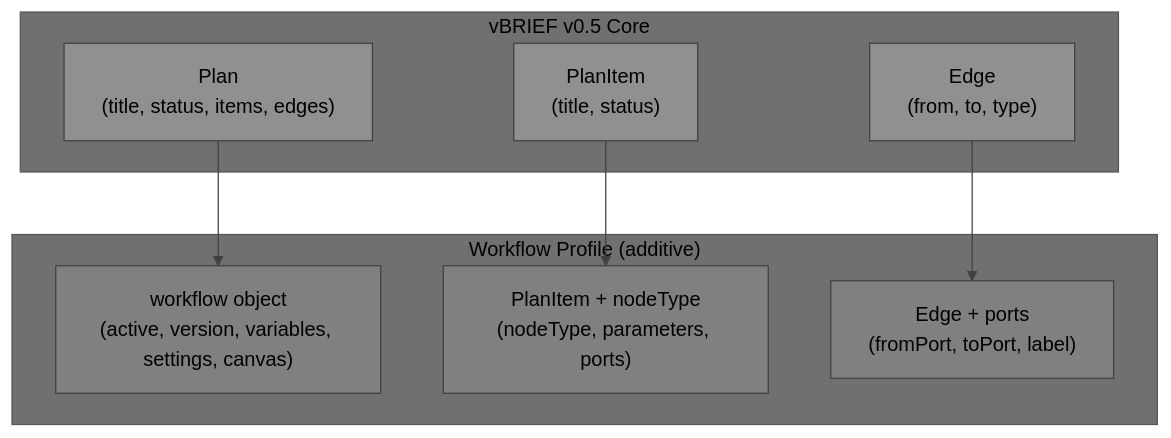
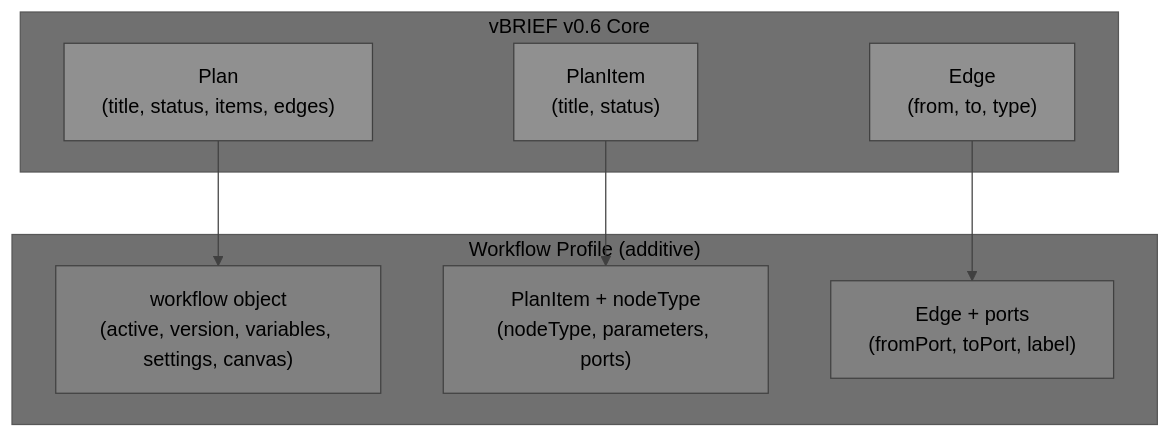
One commit to eltmon/vBRIEF changed the first of 20 diagrams in docs/vbrief-workflow-profile.md. Above: the diagram before and after it, drawn with Mermaid. The commit also changed other lines of this file and 33 other files, not shown here.

Commit message:
feat: add builder module, v0.6 schema, tests, docs, and tooling updates

````diff
--- a/docs/vbrief-workflow-profile.md
+++ b/docs/vbrief-workflow-profile.md
@@ -69,26 +69,26 @@
 ```mermaid
-%%{init: {'theme': 'base', 'themeVariables': {'primaryTextColor': '#000000', 'secondaryTextColor': '#000000', 'tertiaryTextColor': '#000000', 'noteTextColor': '#000000', 'primaryColor': '#909090', 'secondaryColor': '#808080', 'tertiaryColor': '#707070', 'lineColor': '#404040'}}}%%
+%%{init: {"theme": "base", "themeVariables": {"primaryTextColor": "#000000", "secondaryTextColor": "#000000", "tertiaryTextColor": "#000000", "noteTextColor": "#000000", "primaryColor": "#909090", "secondaryColor": "#808080", "tertiaryColor": "#707070", "lineColor": "#404040"}}}%%
 graph TB
-    subgraph "vBRIEF v0.5 Core"
+    subgraph "vBRIEF v0.6 Core"
         Plan["Plan<br/>(title, status, items, edges)"]
         PlanItem["PlanItem<br/>(title, status)"]
         Edge["Edge<br/>(from, to, type)"]
     end
 
     subgraph "Workflow Profile (additive)"
         Workflow["workflow object<br/>(active, version, variables, settings, canvas)"]
         Node["PlanItem + nodeType<br/>(nodeType, parameters, ports)"]
         Connection["Edge + ports<br/>(fromPort, toPort, label)"]
     end
 
     Plan --> Workflow
     PlanItem --> Node
     Edge --> Connection
 
     style Plan fill:#909090,stroke:#404040,color:#000000
     style PlanItem fill:#909090,stroke:#404040,color:#000000
     style Edge fill:#909090,stroke:#404040,color:#000000
     style Workflow fill:#808080,stroke:#404040,color:#000000
     style Node fill:#808080,stroke:#404040,color:#000000
     style Connection fill:#808080,stroke:#404040,color:#000000
 ```
````
